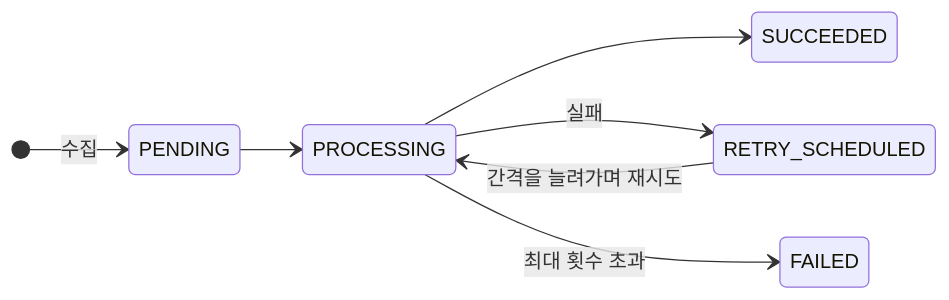
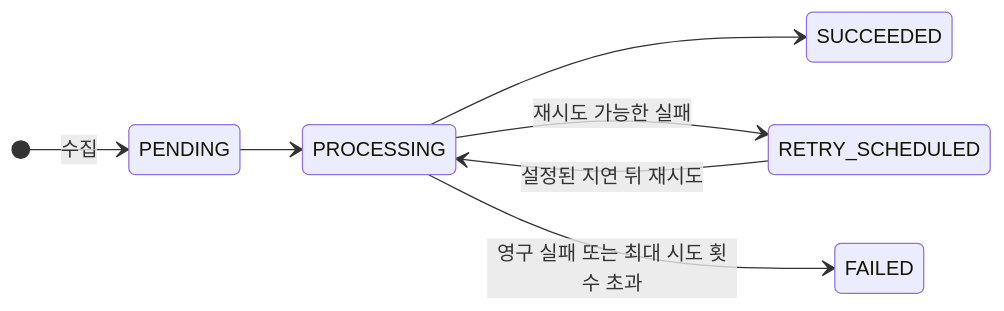
Before and after one commit to everytldr/everytldr.com: the diagram in README.md, drawn with Mermaid. The commit also changed other lines of this file and 1 other file, not shown here.

````diff
--- a/README.md
+++ b/README.md
@@ -27,10 +27,10 @@
 ```mermaid
 stateDiagram-v2
     direction LR
     [*] --> PENDING: 수집
     PENDING --> PROCESSING
     PROCESSING --> SUCCEEDED
-    PROCESSING --> RETRY_SCHEDULED: 실패
-    RETRY_SCHEDULED --> PROCESSING: 간격을 늘려가며 재시도
-    PROCESSING --> FAILED: 최대 횟수 초과
+    PROCESSING --> RETRY_SCHEDULED: 재시도 가능한 실패
+    RETRY_SCHEDULED --> PROCESSING: 설정된 지연 뒤 재시도
+    PROCESSING --> FAILED: 영구 실패 또는 최대 시도 횟수 초과
 ```
````
